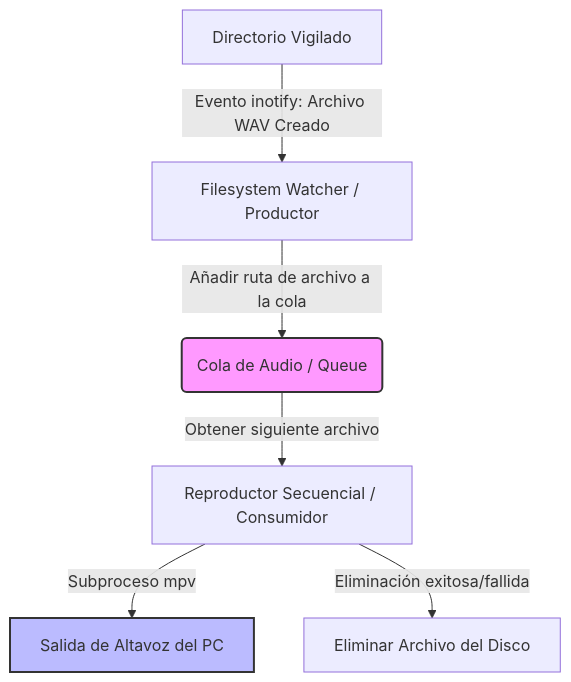
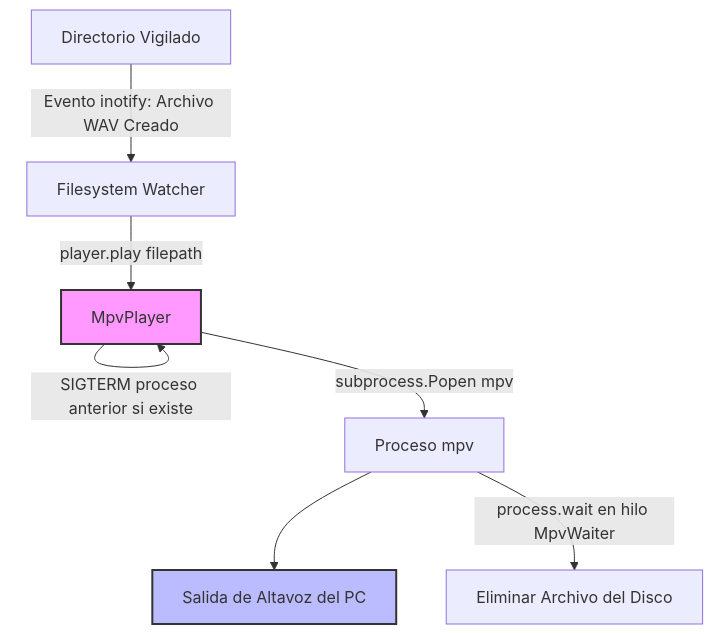
Before and after one commit to danuser2018/speaker-watchdog: the diagram in README.md, drawn with Mermaid. The commit also changed other lines of this file and 2 other files, not shown here.

Commit message:
feat(mpv): reactive architecture

````diff
--- a/README.md
+++ b/README.md
@@ -51,11 +49,12 @@
 ```mermaid
 graph TD
-    A[Directorio Vigilado] -- Evento inotify: Archivo WAV Creado --> B[Filesystem Watcher / Productor]
-    B -- Añadir ruta de archivo a la cola --> C(Cola de Audio / Queue)
-    C -- Obtener siguiente archivo --> D[Reproductor Secuencial / Consumidor]
-    D -- Subproceso mpv --> E[Salida de Altavoz del PC]
-    D -- Eliminación exitosa/fallida --> F[Eliminar Archivo del Disco]
-    
+    A[Directorio Vigilado] -- Evento inotify: Archivo WAV Creado --> B[Filesystem Watcher]
+    B -- player.play filepath --> C[MpvPlayer]
+    C -- SIGTERM proceso anterior si existe --> C
+    C -- subprocess.Popen mpv --> D[Proceso mpv]
+    D --> E[Salida de Altavoz del PC]
+    D -- process.wait en hilo MpvWaiter --> F[Eliminar Archivo del Disco]
+
     style C fill:#f9f,stroke:#333,stroke-width:2px
     style E fill:#bbf,stroke:#333,stroke-width:2px
 ```
````
